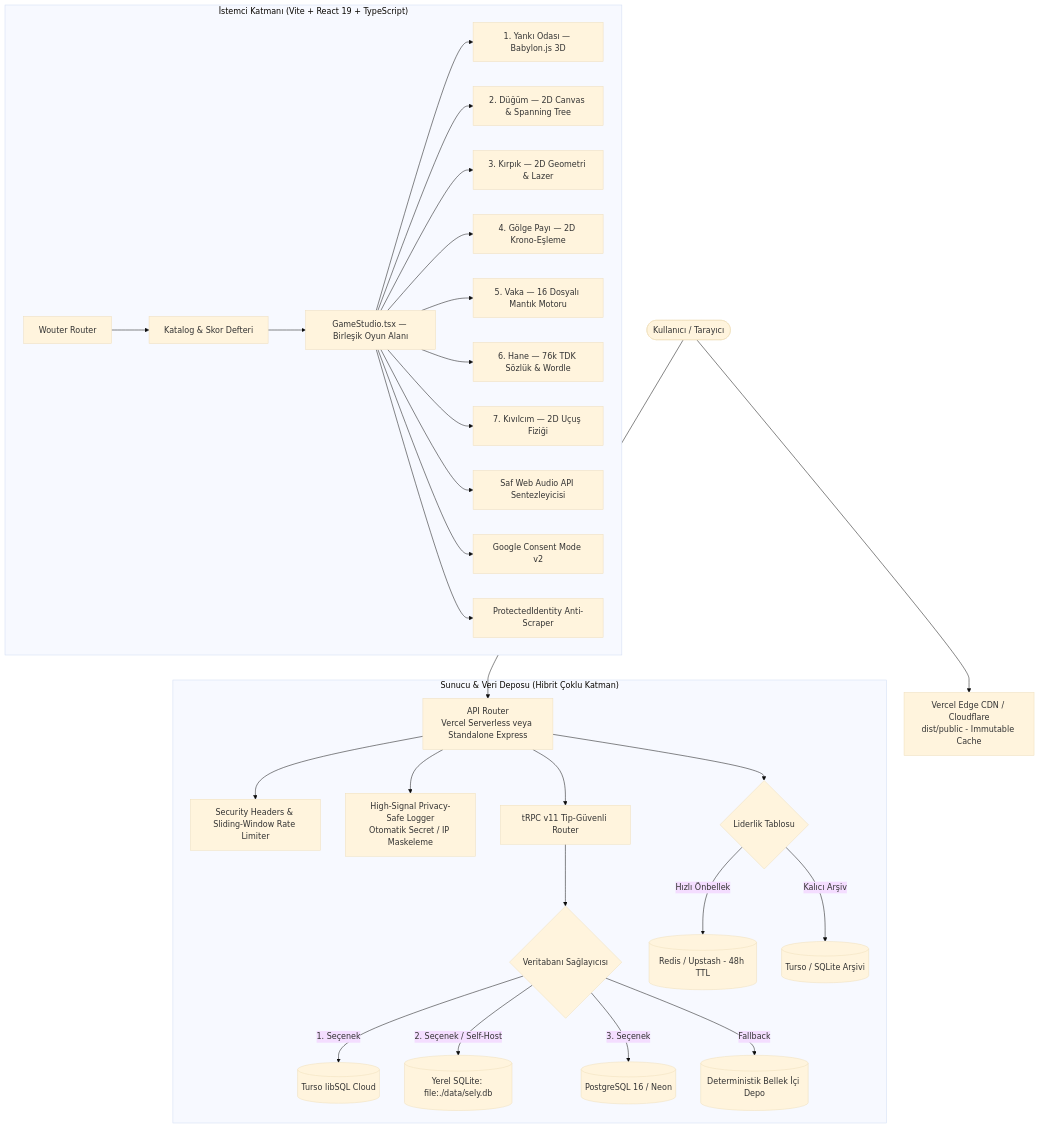
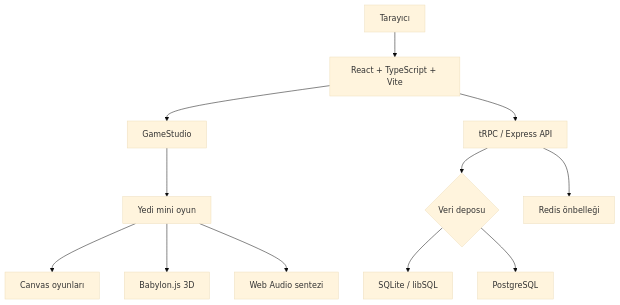
Before and after one commit to dixtuel/sely-minigame-hub: the diagram in README.md, drawn with Mermaid (base theme). The commit also changed other lines of this file, not shown here.

````diff
--- a/README.md
+++ b/README.md
@@ -125,38 +186,14 @@
 ```mermaid
 graph TD
-    User([Kullanıcı / Tarayıcı]) --> CDN[Vercel Edge CDN / Cloudflare<br/>dist/public - Immutable Cache]
-    User --> API[API Router<br/>Vercel Serverless veya Standalone Express]
-
-    subgraph "İstemci Katmanı (Vite + React 19 + TypeScript)"
-        Router[Wouter Router] --> Catalog[Katalog & Skor Defteri]
-        Catalog --> GameStudio[GameStudio.tsx — Birleşik Oyun Alanı]
-        
-        GameStudio --> Echo[1. Yankı Odası — Babylon.js 3D]
-        GameStudio --> Knot[2. Düğüm — 2D Canvas & Spanning Tree]
-        GameStudio --> Cut[3. Kırpık — 2D Geometri & Lazer]
-        GameStudio --> Shadow[4. Gölge Payı — 2D Krono-Eşleme]
-        GameStudio --> Vaka[5. Vaka — 16 Dosyalı Mantık Motoru]
-        GameStudio --> Hane[6. Hane — 76k TDK Sözlük & Wordle]
-        GameStudio --> Spark[7. Kıvılcım — 2D Uçuş Fiziği]
-
-        GameStudio --> WebAudio[Saf Web Audio API Sentezleyicisi]
-        GameStudio --> Consent[Google Consent Mode v2]
-        GameStudio --> Honeypot[ProtectedIdentity Anti-Scraper]
-    end
-
-    subgraph "Sunucu & Veri Deposu (Hibrit Çoklu Katman)"
-        API --> Security[Security Headers & Sliding-Window Rate Limiter]
-        API --> Logger[High-Signal Privacy-Safe Logger<br/>Otomatik Secret / IP Maskeleme]
-        API --> tRPC[tRPC v11 Tip-Güvenli Router]
-        
-        tRPC --> StorageRouting{Veritabanı Sağlayıcısı}
-        StorageRouting -->|1. Seçenek| TursoCloud[(Turso libSQL Cloud)]
-        StorageRouting -->|2. Seçenek / Self-Host| LocalSQLite[(Yerel SQLite: file:./data/sely.db)]
-        StorageRouting -->|3. Seçenek| Postgres[(PostgreSQL 16 / Neon)]
-        StorageRouting -->|Fallback| MemoryStore[(Deterministik Bellek İçi Depo)]
-
-        API --> LeaderboardCache{Liderlik Tablosu}
-        LeaderboardCache -->|Hızlı Önbellek| Redis[(Redis / Upstash - 48h TTL)]
-        LeaderboardCache -->|Kalıcı Arşiv| SQLiteArchive[(Turso / SQLite Arşivi)]
-    end
+    Browser[Tarayıcı] --> Client[React + TypeScript + Vite]
+    Client --> Studio[GameStudio]
+    Studio --> Games[Yedi mini oyun]
+    Games --> Canvas[Canvas oyunları]
+    Games --> Babylon[Babylon.js 3D]
+    Games --> Audio[Web Audio sentezi]
+    Client --> API[tRPC / Express API]
+    API --> Storage{Veri deposu}
+    Storage --> SQLite[SQLite / libSQL]
+    Storage --> Postgres[PostgreSQL]
+    API --> Redis[Redis önbelleği]
 ```
````
